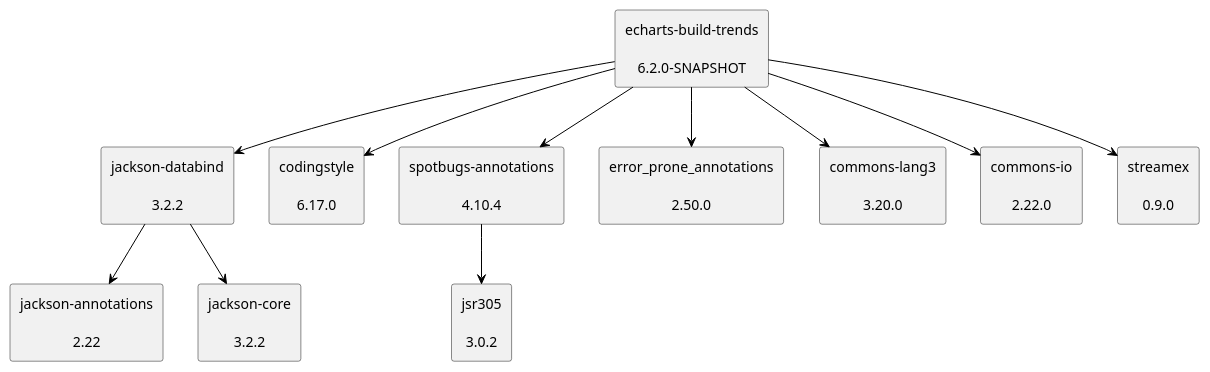
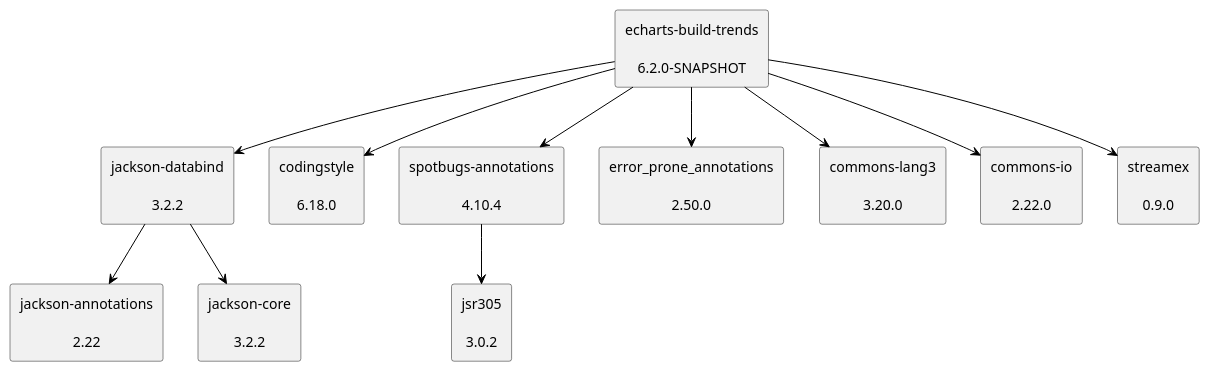
Before and after one commit to uhafner/echarts-build-trends: the diagram in doc/dependency-graph.puml, drawn with PlantUML.

Commit message:
Update dependency graph to latest versions from POM

```diff
--- a/doc/dependency-graph.puml
+++ b/doc/dependency-graph.puml
@@ -1,30 +1,30 @@
 @startuml
 skinparam defaultTextAlignment center
 skinparam rectangle {
   BackgroundColor<<optional>> beige
   BackgroundColor<<test>> lightGreen
   BackgroundColor<<runtime>> lightBlue
   BackgroundColor<<provided>> lightGray
 }
 rectangle "jackson-databind\n\n3.2.2" as tools_jackson_core_jackson_databind_jar
 rectangle "jackson-annotations\n\n2.22" as com_fasterxml_jackson_core_jackson_annotations_jar
 rectangle "jackson-core\n\n3.2.2" as tools_jackson_core_jackson_core_jar
 rectangle "echarts-build-trends\n\n6.2.0-SNAPSHOT" as edu_hm_hafner_echarts_build_trends_jar
-rectangle "codingstyle\n\n6.17.0" as edu_hm_hafner_codingstyle_jar
+rectangle "codingstyle\n\n6.18.0" as edu_hm_hafner_codingstyle_jar
 rectangle "spotbugs-annotations\n\n4.10.4" as com_github_spotbugs_spotbugs_annotations_jar
 rectangle "jsr305\n\n3.0.2" as com_google_code_findbugs_jsr305_jar
 rectangle "error_prone_annotations\n\n2.50.0" as com_google_errorprone_error_prone_annotations_jar
 rectangle "commons-lang3\n\n3.20.0" as org_apache_commons_commons_lang3_jar
 rectangle "commons-io\n\n2.22.0" as commons_io_commons_io_jar
 rectangle "streamex\n\n0.9.0" as one_util_streamex_jar
 tools_jackson_core_jackson_databind_jar -[#000000]-> com_fasterxml_jackson_core_jackson_annotations_jar
 tools_jackson_core_jackson_databind_jar -[#000000]-> tools_jackson_core_jackson_core_jar
 edu_hm_hafner_echarts_build_trends_jar -[#000000]-> tools_jackson_core_jackson_databind_jar
 edu_hm_hafner_echarts_build_trends_jar -[#000000]-> edu_hm_hafner_codingstyle_jar
 com_github_spotbugs_spotbugs_annotations_jar -[#000000]-> com_google_code_findbugs_jsr305_jar
 edu_hm_hafner_echarts_build_trends_jar -[#000000]-> com_github_spotbugs_spotbugs_annotations_jar
 edu_hm_hafner_echarts_build_trends_jar -[#000000]-> com_google_errorprone_error_prone_annotations_jar
 edu_hm_hafner_echarts_build_trends_jar -[#000000]-> org_apache_commons_commons_lang3_jar
 edu_hm_hafner_echarts_build_trends_jar -[#000000]-> commons_io_commons_io_jar
 edu_hm_hafner_echarts_build_trends_jar -[#000000]-> one_util_streamex_jar
 @enduml
```
